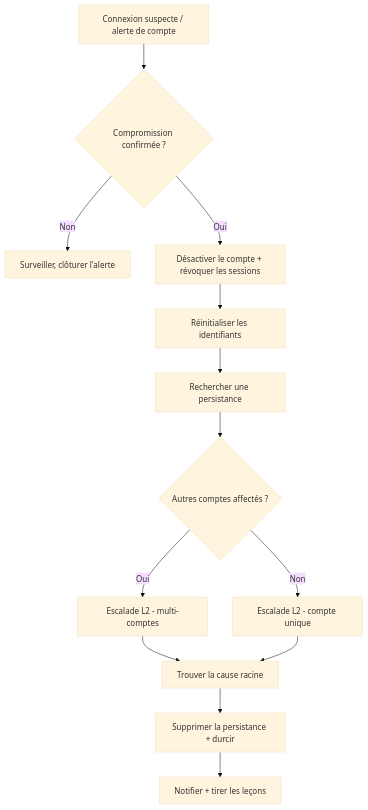
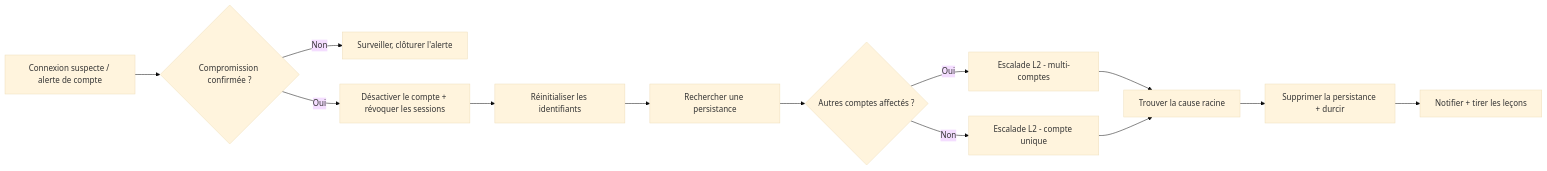
The diagram in docs/fr/runbooks/account-compromise.md (MiracleDvm/ir-firstline), drawn with Mermaid (base theme) before and after one commit. The commit also changed other lines of this file and 26 other files, not shown here.

Commit message:
Fix decision-tree diagram sizing/legibility, add PDF export, land tool links -- Convert decision trees to horizontal/collapsible, link cited tools/sources

````diff
--- a/docs/fr/runbooks/account-compromise.md
+++ b/docs/fr/runbooks/account-compromise.md
@@ -29,15 +31,15 @@
-```mermaid
-flowchart TD
-    A[Connexion suspecte / alerte de compte] --> B{Compromission confirmée ?}
-    B -->|Non| C[Surveiller, clôturer l'alerte]
-    B -->|Oui| D[Désactiver le compte + révoquer les sessions]
-    D --> E[Réinitialiser les identifiants]
-    E --> F[Rechercher une persistance]
-    F --> G{Autres comptes affectés ?}
-    G -->|Oui| H[Escalade L2 - multi-comptes]
-    G -->|Non| I[Escalade L2 - compte unique]
-    H --> J[Trouver la cause racine]
-    I --> J
-    J --> K[Supprimer la persistance + durcir]
-    K --> L[Notifier + tirer les leçons]
-```
+    ```mermaid
+    flowchart LR
+        A[Connexion suspecte / alerte de compte] --> B{Compromission confirmée ?}
+        B -->|Non| C[Surveiller, clôturer l'alerte]
+        B -->|Oui| D[Désactiver le compte + révoquer les sessions]
+        D --> E[Réinitialiser les identifiants]
+        E --> F[Rechercher une persistance]
+        F --> G{Autres comptes affectés ?}
+        G -->|Oui| H[Escalade L2 - multi-comptes]
+        G -->|Non| I[Escalade L2 - compte unique]
+        H --> J[Trouver la cause racine]
+        I --> J
+        J --> K[Supprimer la persistance + durcir]
+        K --> L[Notifier + tirer les leçons]
+    ```
````
